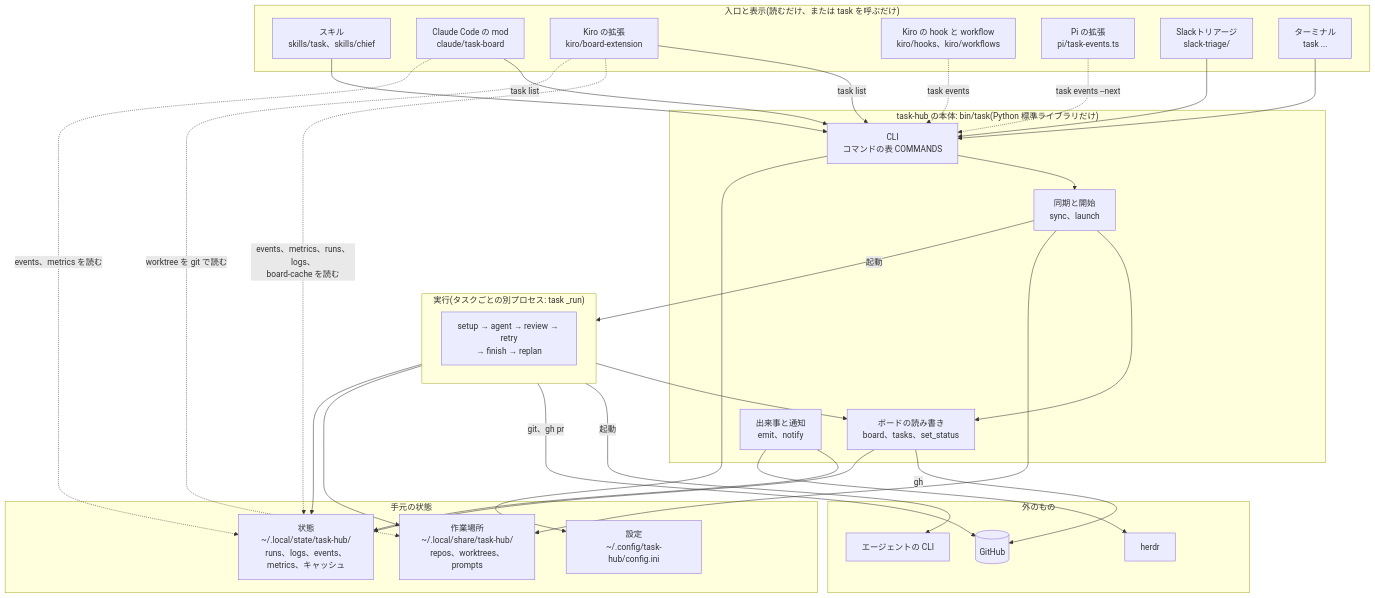
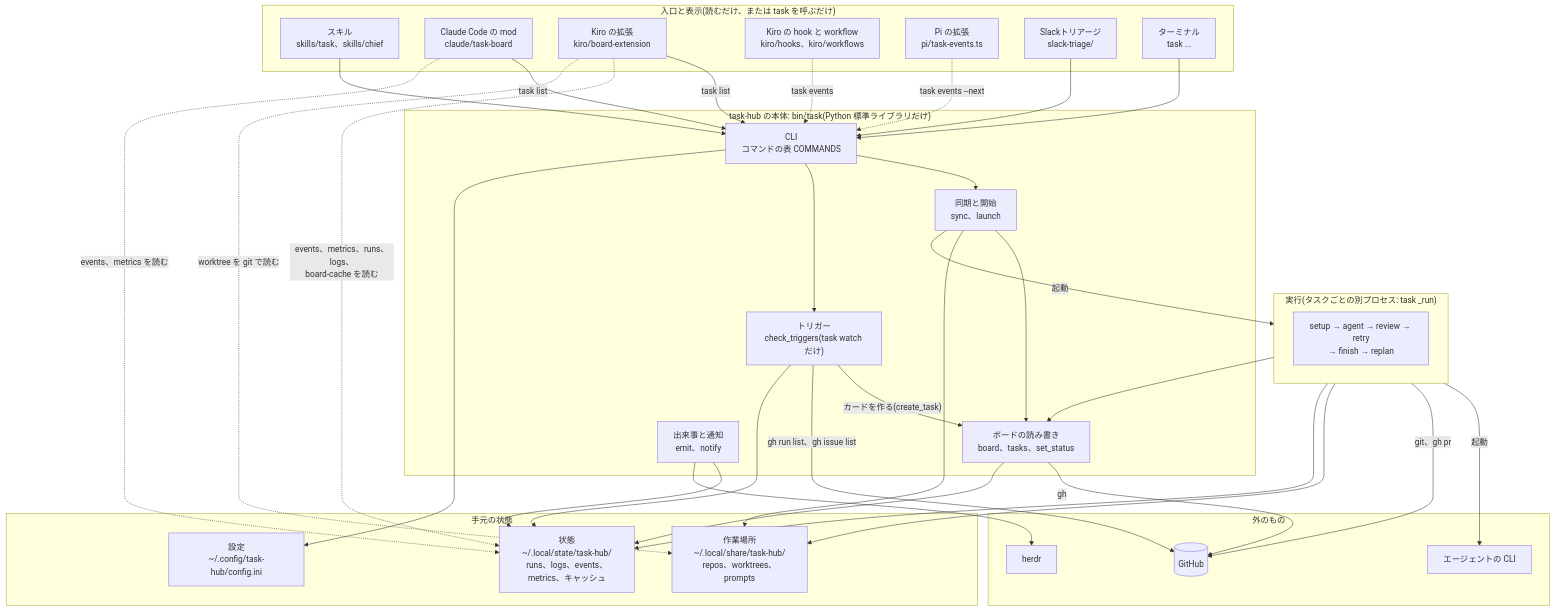
Before and after one commit to jyoka/task-hub: the second of 7 diagrams in docs/architecture/hld.md, drawn with Mermaid. The commit also changed other lines of this file and 9 other files, not shown here.

Commit message:
task 7: Self-hosted dev assistant (5/6): proactive triggers

````diff
--- a/docs/architecture/hld.md
+++ b/docs/architecture/hld.md
@@ -48,60 +48,65 @@
 ```mermaid
 flowchart TB
     subgraph surfaces["入口と表示(読むだけ、または task を呼ぶだけ)"]
         skills["スキル<br/>skills/task、skills/chief"]
         mod["Claude Code の mod<br/>claude/task-board"]
         kext["Kiro の拡張<br/>kiro/board-extension"]
         khook["Kiro の hook と workflow<br/>kiro/hooks、kiro/workflows"]
         piext["Pi の拡張<br/>pi/task-events.ts"]
         triage["Slackトリアージ<br/>slack-triage/"]
         term["ターミナル<br/>task ..."]
     end
 
     subgraph core["task-hub の本体: bin/task(Python 標準ライブラリだけ)"]
         cli["CLI<br/>コマンドの表 COMMANDS"]
         sync["同期と開始<br/>sync、launch"]
         board["ボードの読み書き<br/>board、tasks、set_status"]
         notify["出来事と通知<br/>emit、notify"]
+        trig["トリガー<br/>check_triggers(task watch だけ)"]
     end
 
     subgraph runner["実行(タスクごとの別プロセス: task _run)"]
         pipe["setup → agent → review → retry<br/>→ finish → replan"]
     end
 
     subgraph local["手元の状態"]
         cfg["設定<br/>~/.config/task-hub/config.ini"]
         state["状態<br/>~/.local/state/task-hub/<br/>runs、logs、events、metrics、キャッシュ"]
         data["作業場所<br/>~/.local/share/task-hub/<br/>repos、worktrees、prompts"]
     end
 
     subgraph ext["外のもの"]
         gh[("GitHub")]
         agents["エージェントの CLI"]
         herdr["herdr"]
     end
 
     skills --> cli
     term --> cli
     triage --> cli
     mod -- "task list" --> cli
     kext -- "task list" --> cli
     mod -. "events、metrics を読む" .-> state
     kext -. "events、metrics、runs、logs、<br/>board-cache を読む" .-> state
     kext -. "worktree を git で読む" .-> data
     khook -. "task events" .-> cli
     piext -. "task events --next" .-> cli
     cli --> sync
+    cli --> trig
+    trig -- "カードを作る(create_task)" --> board
+    trig -- "gh run list、gh issue list" --> gh
+    trig --> state
     sync --> board
     sync -- "起動" --> runner
     board -- "gh" --> gh
     runner --> board
     runner -- "起動" --> agents
     runner -- "git、gh pr" --> gh
     runner --> data
     sync --> data
     notify --> state
     notify --> herdr
     board --> state
     runner --> state
     cli --> cfg
 ```
````
